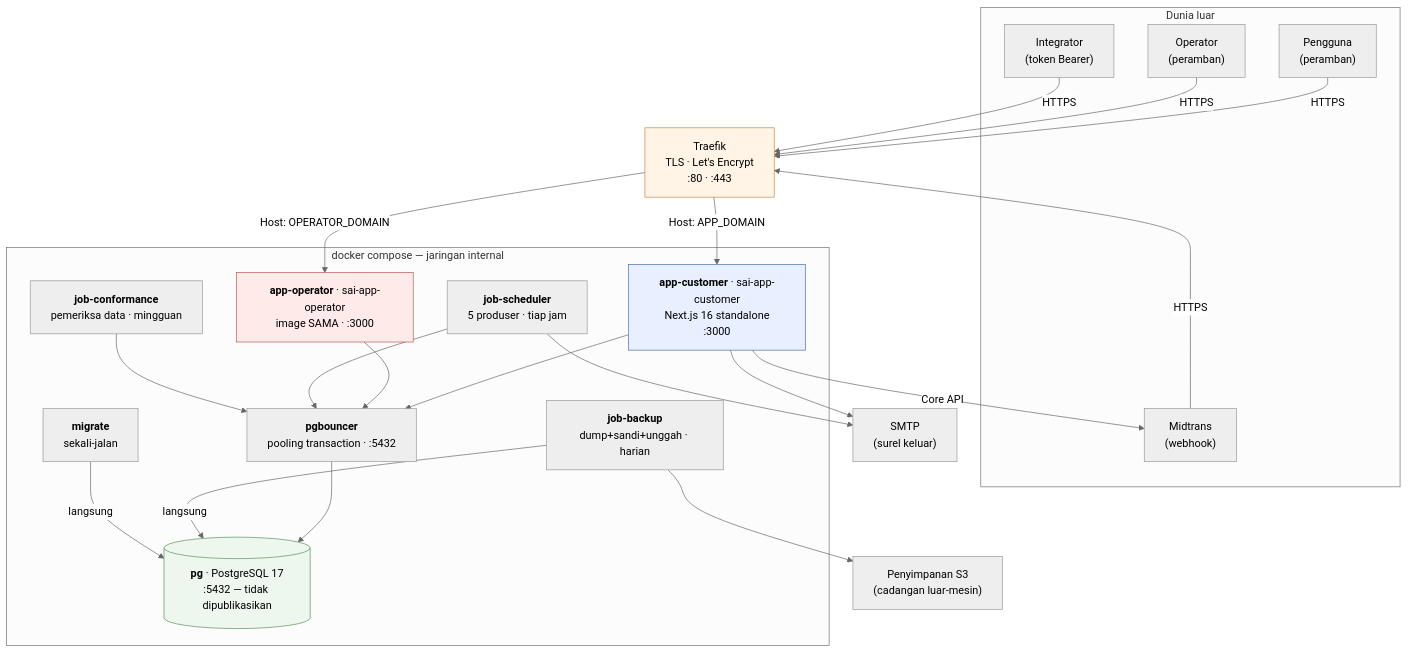
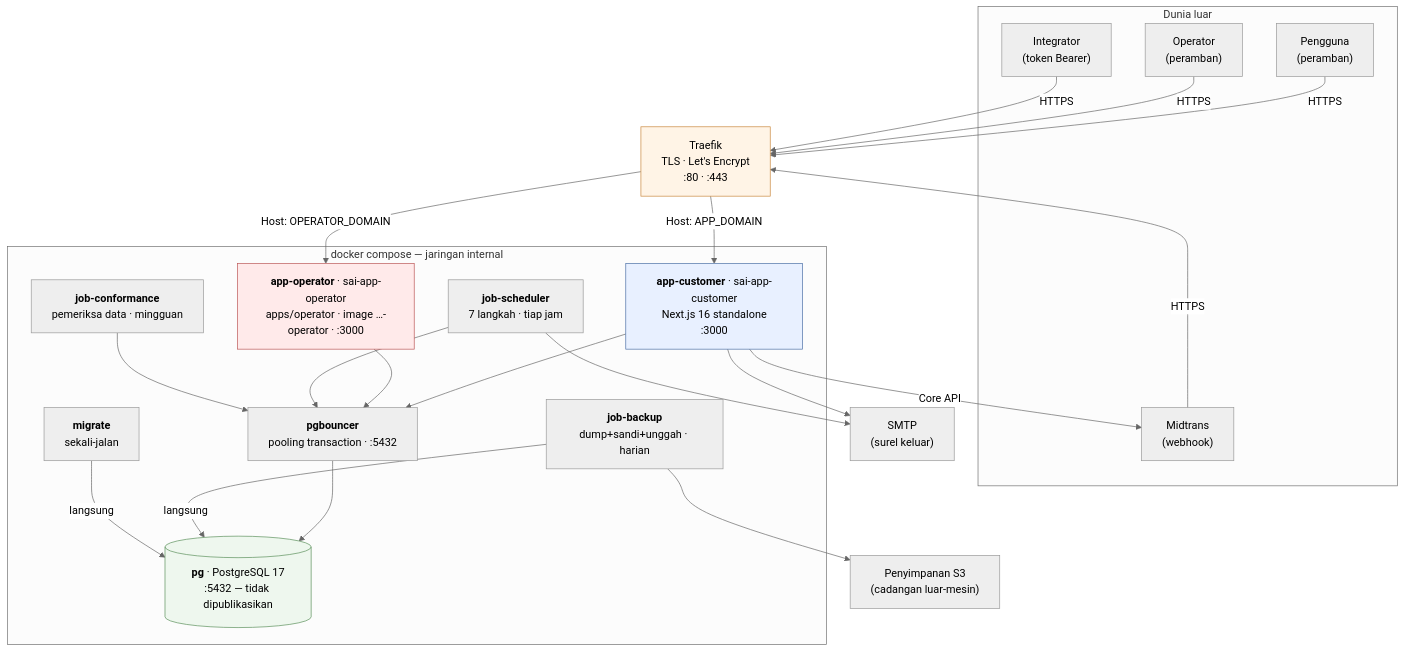
Before and after one commit to tri-evendi/sai-accounting: the second of 2 diagrams in docs/arsitektur/01-RINGKASAN-PLATFORM.md, drawn with Mermaid (neutral theme). The commit also changed other lines of this file and 43 other files, not shown here.

````diff
--- a/docs/arsitektur/01-RINGKASAN-PLATFORM.md
+++ b/docs/arsitektur/01-RINGKASAN-PLATFORM.md
@@ -79,50 +76,50 @@
 ```mermaid
 graph TB
     subgraph luar["Dunia luar"]
         U["Pengguna<br/>(peramban)"]
         OPS["Operator<br/>(peramban)"]
         INT["Integrator<br/>(token Bearer)"]
         MT["Midtrans<br/>(webhook)"]
     end
 
     TR["Traefik<br/>TLS · Let's Encrypt<br/>:80 · :443"]
 
     subgraph compose["docker compose — jaringan internal"]
         WEBC["<b>app-customer</b> · sai-app-customer<br/>Next.js 16 standalone<br/>:3000"]
-        WEBO["<b>app-operator</b> · sai-app-operator<br/>image SAMA · :3000"]
-        SCH["<b>job-scheduler</b><br/>5 produser · tiap jam"]
+        WEBO["<b>app-operator</b> · sai-app-operator<br/>apps/operator · image …-operator · :3000"]
+        SCH["<b>job-scheduler</b><br/>7 langkah · tiap jam"]
         CON["<b>job-conformance</b><br/>pemeriksa data · mingguan"]
         BAK["<b>job-backup</b><br/>dump+sandi+unggah · harian"]
         MIG["<b>migrate</b><br/>sekali-jalan"]
         PGB["<b>pgbouncer</b><br/>pooling transaction · :5432"]
         DB[("<b>pg</b> · PostgreSQL 17<br/>:5432 — tidak dipublikasikan")]
     end
 
     S3["Penyimpanan S3<br/>(cadangan luar-mesin)"]
     SMTP["SMTP<br/>(surel keluar)"]
 
     U -->|HTTPS| TR
     OPS -->|HTTPS| TR
     INT -->|HTTPS| TR
     MT -->|HTTPS| TR
     TR -->|"Host: APP_DOMAIN"| WEBC
     TR -->|"Host: OPERATOR_DOMAIN"| WEBO
 
     WEBC --> PGB
     WEBO --> PGB
     SCH --> PGB
     CON --> PGB
     PGB --> DB
     BAK -->|langsung| DB
     MIG -->|langsung| DB
 
     BAK --> S3
     WEBC --> SMTP
     SCH --> SMTP
     WEBC -->|Core API| MT
 
     style TR fill:#fff4e6,stroke:#c9873d
     style WEBC fill:#e8f0ff,stroke:#4a6fa5
     style WEBO fill:#ffeaea,stroke:#b55
     style DB fill:#eef7ee,stroke:#5a8f5a
 ```
````
